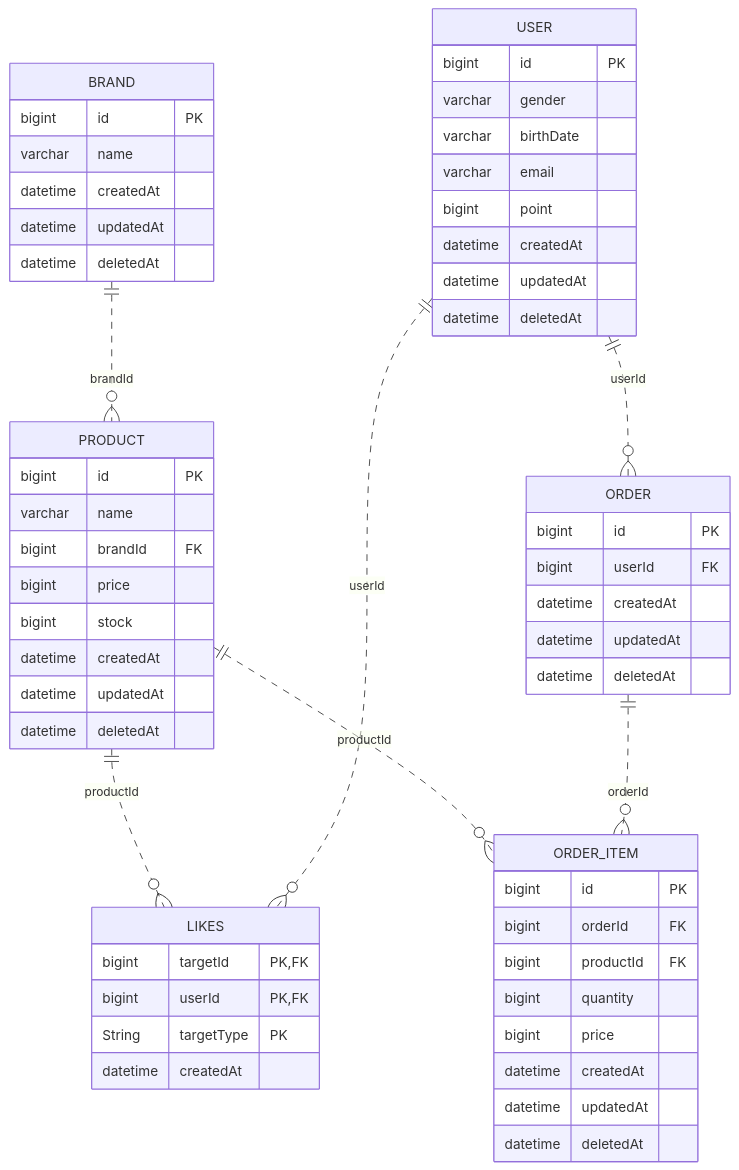
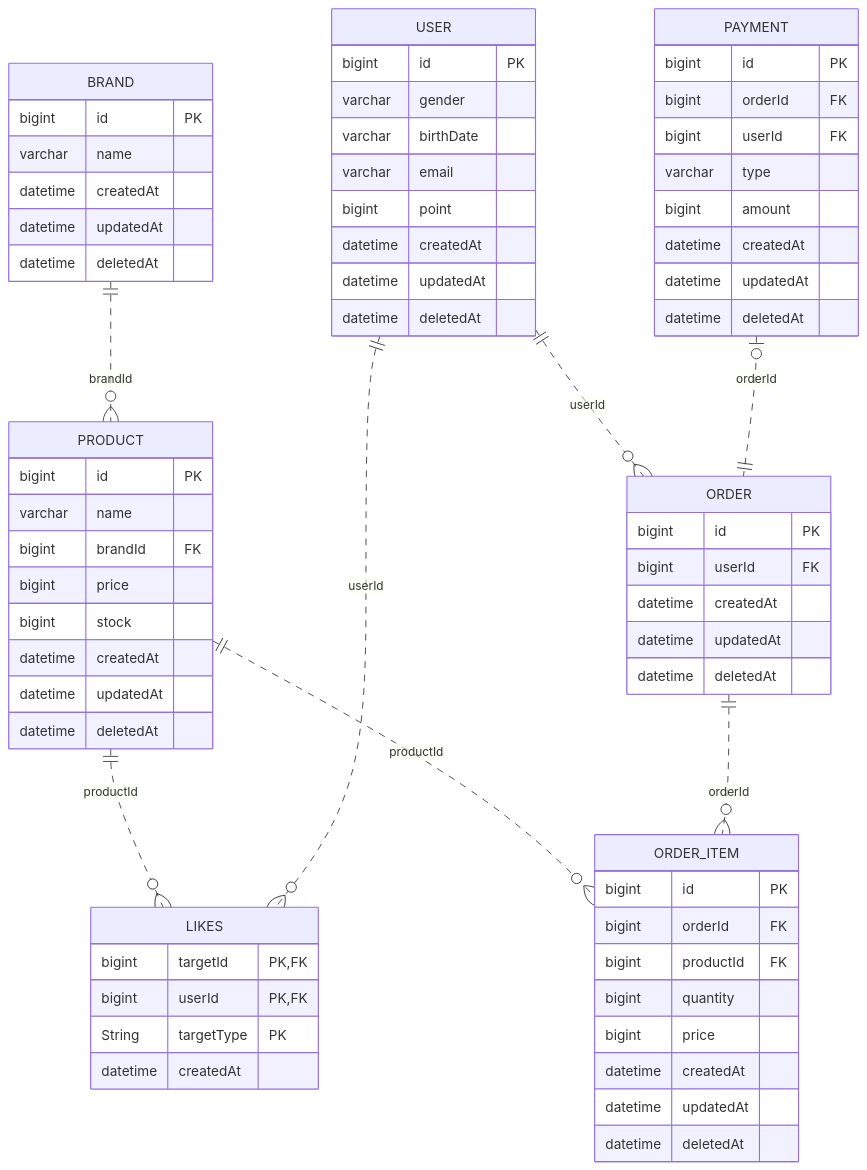
The diagram in docs/design/04-erd.md (Iol-lshh/loopers_be_practice_byjava), drawn with Mermaid before and after one commit. The commit also changed 70 other files, not shown here.

````diff
--- a/docs/design/04-erd.md
+++ b/docs/design/04-erd.md
@@ -7,60 +7,71 @@
 ```mermaid
 erDiagram
     BRAND {
         bigint id PK
         varchar name
         datetime createdAt
         datetime updatedAt
         datetime deletedAt
     }
     PRODUCT {
         bigint id PK
         varchar name
         bigint brandId FK
         bigint price
         bigint stock
         datetime createdAt
         datetime updatedAt
         datetime deletedAt
     }
 
     LIKES {
         bigint targetId PK, FK
         bigint userId PK, FK
         String targetType PK
         datetime createdAt
     }
     ORDER {
         bigint id PK
         bigint userId FK
         datetime createdAt
         datetime updatedAt
         datetime deletedAt
     }
     ORDER_ITEM {
         bigint id PK
         bigint orderId FK
         bigint productId FK
         bigint quantity
         bigint price
         datetime createdAt
         datetime updatedAt
         datetime deletedAt
     }
     USER {
         bigint id PK
         varchar gender
         varchar birthDate
         varchar email
         bigint point
         datetime createdAt
         datetime updatedAt
         datetime deletedAt
     }
+    PAYMENT {
+        bigint id PK
+        bigint orderId FK
+        bigint userId FK
+        varchar type
+        bigint amount
+        datetime createdAt
+        datetime updatedAt
+        datetime deletedAt
+    }
     BRAND ||..o{ PRODUCT : brandId
     PRODUCT ||..o{ LIKES : productId
     PRODUCT ||..o{ ORDER_ITEM : productId
     ORDER ||..o{ ORDER_ITEM : orderId
     USER ||..o{ ORDER : userId
     USER ||..o{ LIKES : userId
+    PAYMENT |o..|| ORDER : orderId
 ```
````
